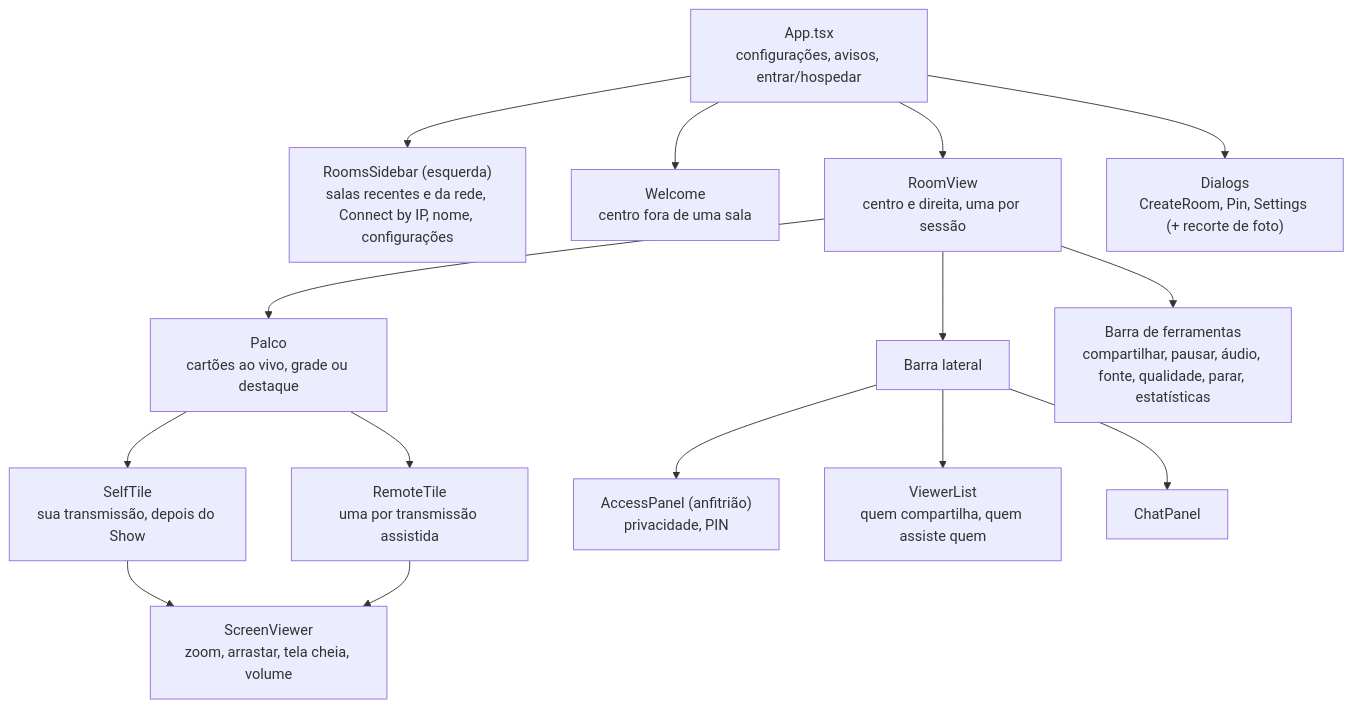
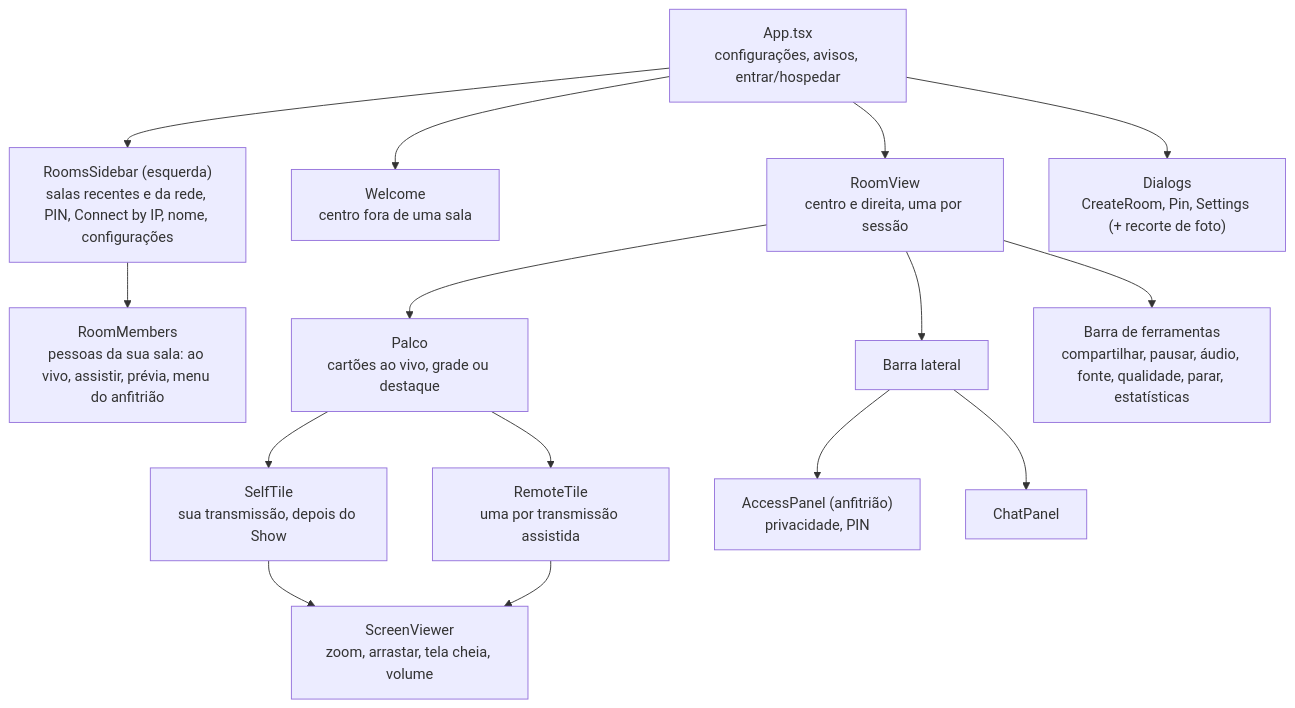
The fifth of 8 diagrams in docs/pt-BR/architecture.md (nsfxu/lan-screenshare), drawn with Mermaid before and after one commit. The commit also changed 23 other files, not shown here.

First line of the commit message:
List the room's people under it in the rooms sidebar

````diff
--- a/docs/pt-BR/architecture.md
+++ b/docs/pt-BR/architecture.md
@@ -264,18 +264,18 @@
 ```mermaid
 flowchart TB
   App["App.tsx<br/>configurações, avisos, entrar/hospedar"]
-  App --> Rooms["RoomsSidebar (esquerda)<br/>salas recentes e da rede, Connect by IP, nome, configurações"]
+  App --> Rooms["RoomsSidebar (esquerda)<br/>salas recentes e da rede, PIN, Connect by IP, nome, configurações"]
+  Rooms --> Members["RoomMembers<br/>pessoas da sua sala: ao vivo, assistir, prévia, menu do anfitrião"]
   App --> Welcome["Welcome<br/>centro fora de uma sala"]
   App --> Room["RoomView<br/>centro e direita, uma por sessão"]
   App --> Dlg["Dialogs<br/>CreateRoom, Pin, Settings (+ recorte de foto)"]
   Room --> Stage["Palco<br/>cartões ao vivo, grade ou destaque"]
   Stage --> Self["SelfTile<br/>sua transmissão, depois do Show"]
   Stage --> Remote["RemoteTile<br/>uma por transmissão assistida"]
   Self --> SV["ScreenViewer<br/>zoom, arrastar, tela cheia, volume"]
   Remote --> SV
   Room --> Side["Barra lateral"]
   Side --> Access["AccessPanel (anfitrião)<br/>privacidade, PIN"]
-  Side --> People["ViewerList<br/>quem compartilha, quem assiste quem"]
   Side --> Chat["ChatPanel"]
   Room --> Toolbar["Barra de ferramentas<br/>compartilhar, pausar, áudio, fonte, qualidade, parar, estatísticas"]
 ```
````
